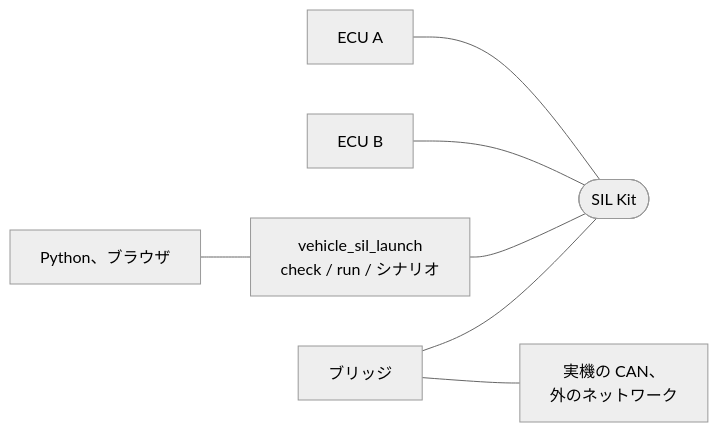
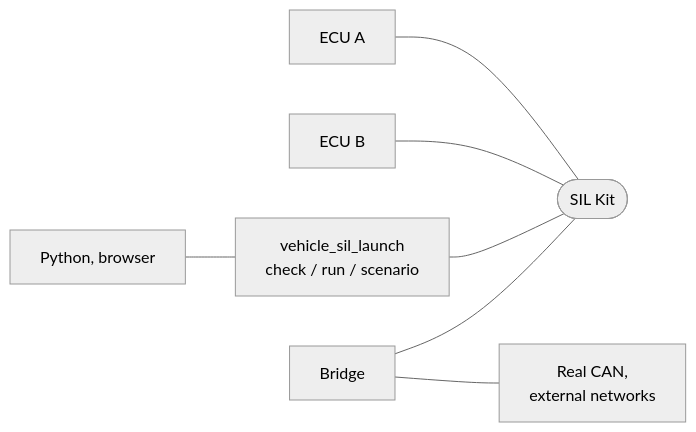
Before and after one commit to rahanahu/vehicle-sil: the diagram in README.md, drawn with Mermaid (neutral theme). The commit also changed other lines of this file and 163 other files, not shown here.

````diff
--- a/README.md
+++ b/README.md
@@ -22,9 +24,9 @@
 ```mermaid
 flowchart LR
     a["ECU A"] --- silkit(["SIL Kit"])
     b["ECU B"] --- silkit
-    launch["vehicle_sil_launch<br>check / run / シナリオ"] --- silkit
-    bridge["ブリッジ"] --- silkit
-    bridge --- real["実機の CAN、<br>外のネットワーク"]
-    client["Python、ブラウザ"] --- launch
+    launch["vehicle_sil_launch<br>check / run / scenario"] --- silkit
+    bridge["Bridge"] --- silkit
+    bridge --- real["Real CAN,<br>external networks"]
+    client["Python, browser"] --- launch
 ```
````
